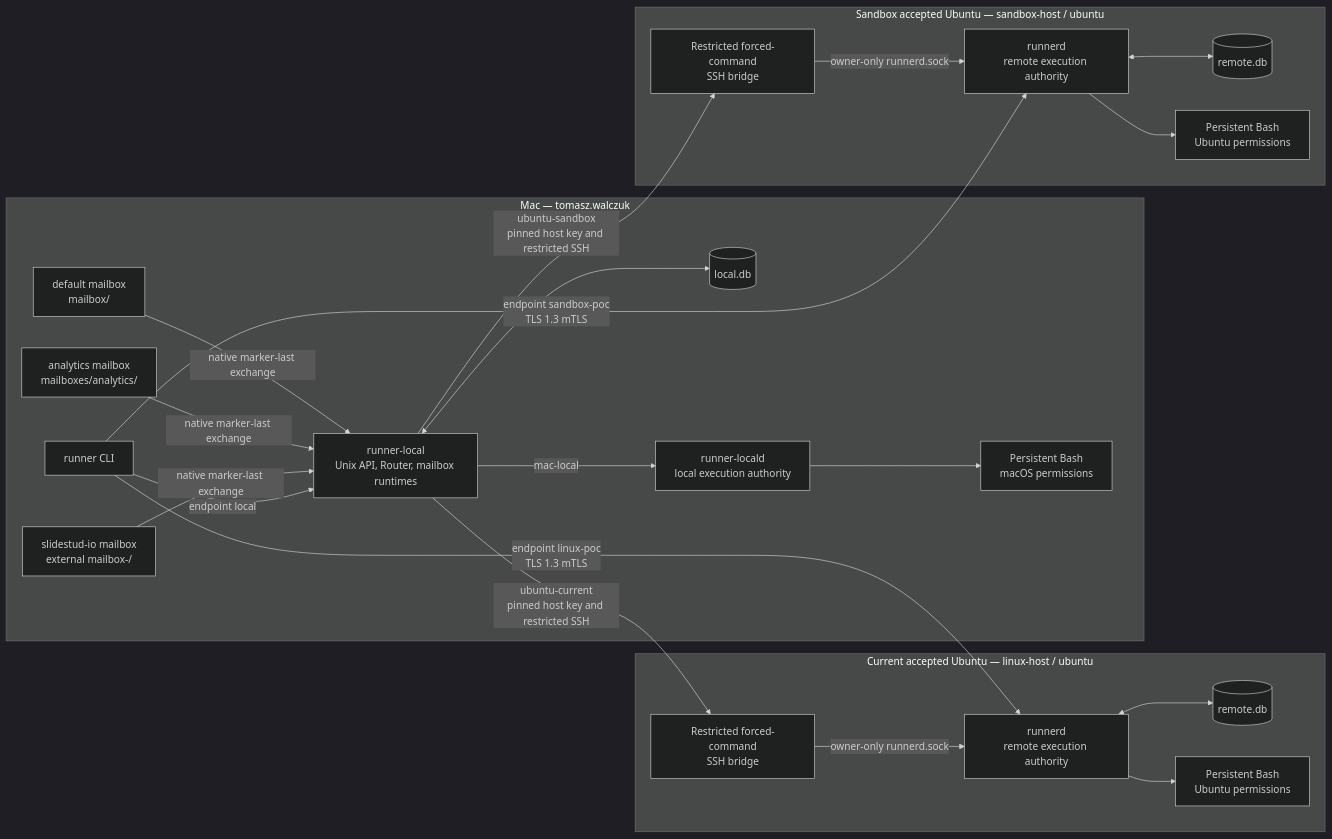
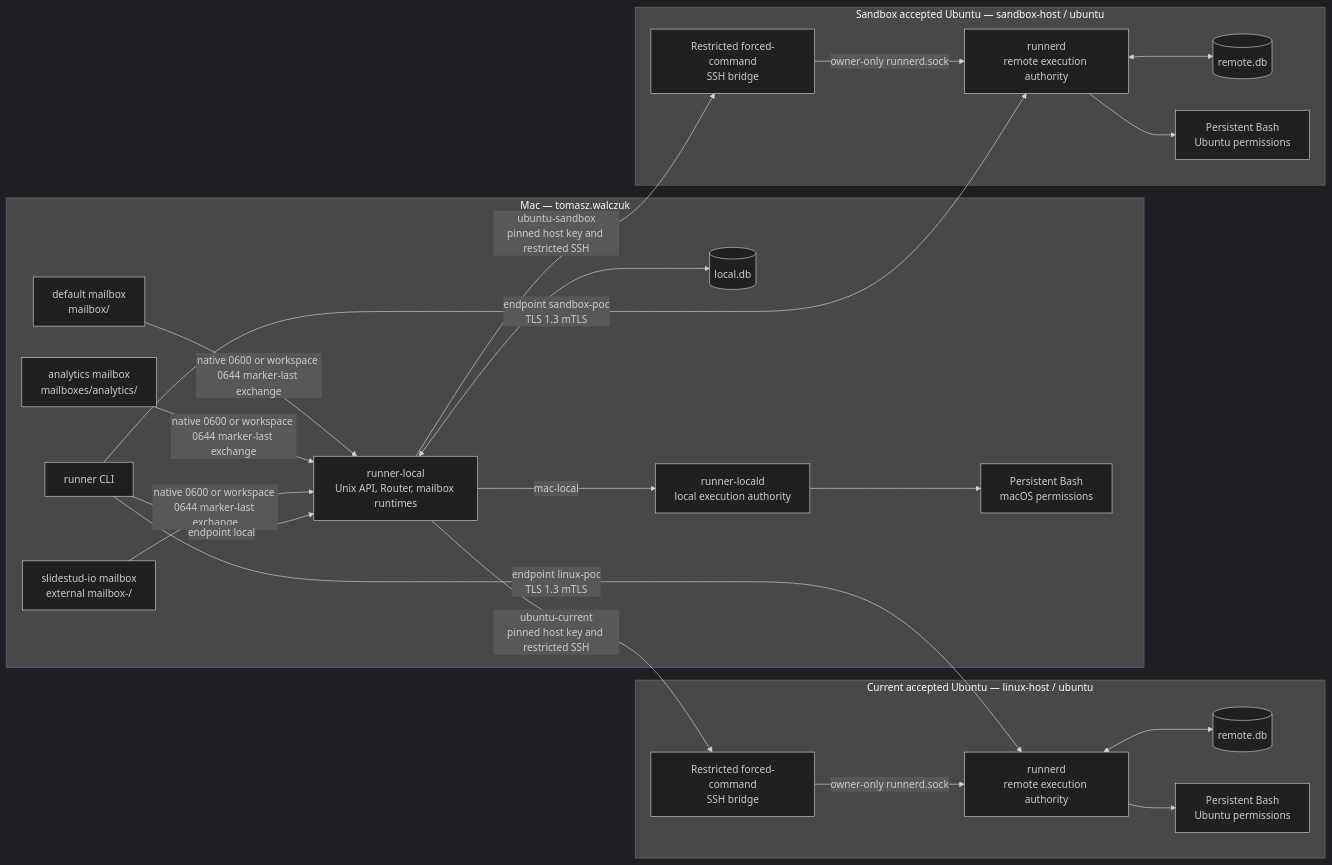
The first of 4 diagrams in docs/architecture.md (gavrilo123456/remote-session-runner), drawn with Mermaid (dark theme) before and after one commit. The commit also changed other lines of this file and 19 other files, not shown here.

````diff
--- a/docs/architecture.md
+++ b/docs/architecture.md
@@ -26,46 +26,46 @@
 ```mermaid
 flowchart LR
   subgraph Mac[Mac — tomasz.walczuk]
     CLI[runner CLI]
     Default[default mailbox\nmailbox/]
     Analytics[analytics mailbox\nmailboxes/analytics/]
     SlideStudio[slidestud-io mailbox\nexternal mailbox-/]
     Router[runner-local\nUnix API, Router, mailbox runtimes]
     LocalDB[(local.db)]
     LocalD[runner-locald\nlocal execution authority]
     MacBash[Persistent Bash\nmacOS permissions]
 
-    Default -->|native marker-last exchange| Router
-    Analytics -->|native marker-last exchange| Router
-    SlideStudio -->|native marker-last exchange| Router
+    Default -->|native 0600 or workspace 0644 marker-last exchange| Router
+    Analytics -->|native 0600 or workspace 0644 marker-last exchange| Router
+    SlideStudio -->|native 0600 or workspace 0644 marker-last exchange| Router
     CLI -->|endpoint local| Router
     Router <--> LocalDB
     Router -->|mac-local| LocalD
     LocalD --> MacBash
   end
 
   subgraph CurrentUbuntu[Current accepted Ubuntu — linux-host / ubuntu]
     CurrentSSH[Restricted forced-command\nSSH bridge]
     CurrentRunnerD[runnerd\nremote execution authority]
     CurrentRemoteDB[(remote.db)]
     CurrentLinuxBash[Persistent Bash\nUbuntu permissions]
     CurrentSSH -->|owner-only runnerd.sock| CurrentRunnerD
     CurrentRunnerD <--> CurrentRemoteDB
     CurrentRunnerD --> CurrentLinuxBash
   end
 
   subgraph SandboxUbuntu[Sandbox accepted Ubuntu — sandbox-host / ubuntu]
     SandboxSSH[Restricted forced-command\nSSH bridge]
     SandboxRunnerD[runnerd\nremote execution authority]
     SandboxRemoteDB[(remote.db)]
     SandboxLinuxBash[Persistent Bash\nUbuntu permissions]
     SandboxSSH -->|owner-only runnerd.sock| SandboxRunnerD
     SandboxRunnerD <--> SandboxRemoteDB
     SandboxRunnerD --> SandboxLinuxBash
   end
 
   Router -->|ubuntu-current\npinned host key and restricted SSH| CurrentSSH
   Router -->|ubuntu-sandbox\npinned host key and restricted SSH| SandboxSSH
   CLI -->|endpoint linux-poc\nTLS 1.3 mTLS| CurrentRunnerD
   CLI -->|endpoint sandbox-poc\nTLS 1.3 mTLS| SandboxRunnerD
 ```
````
